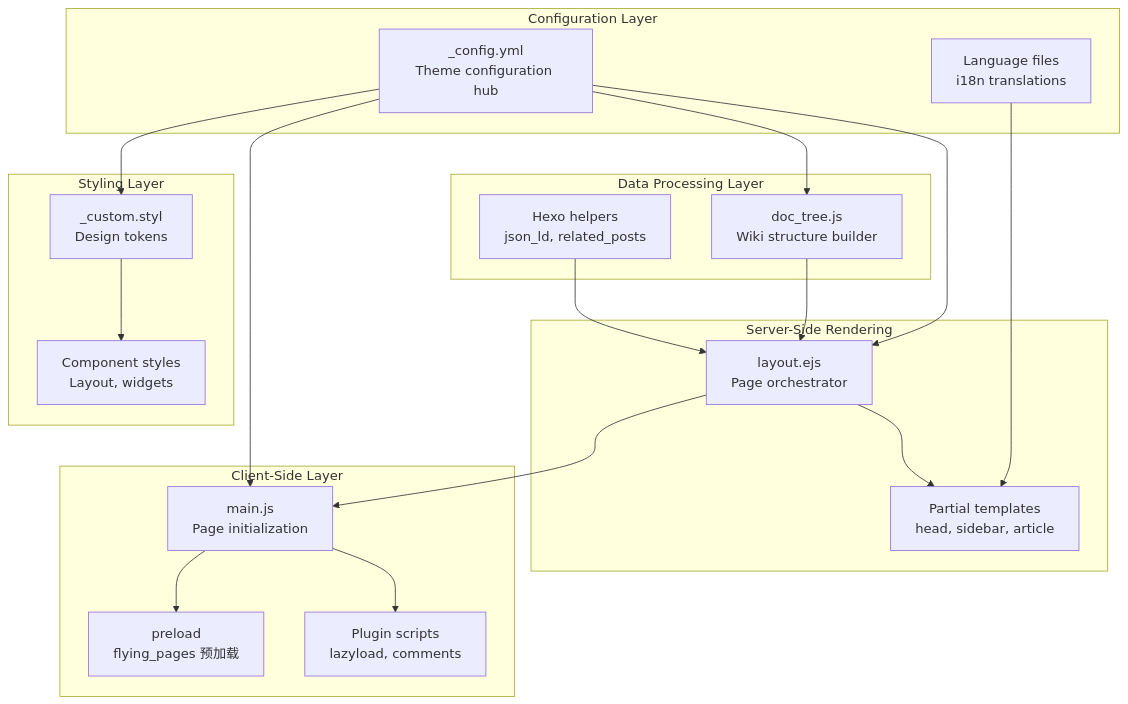
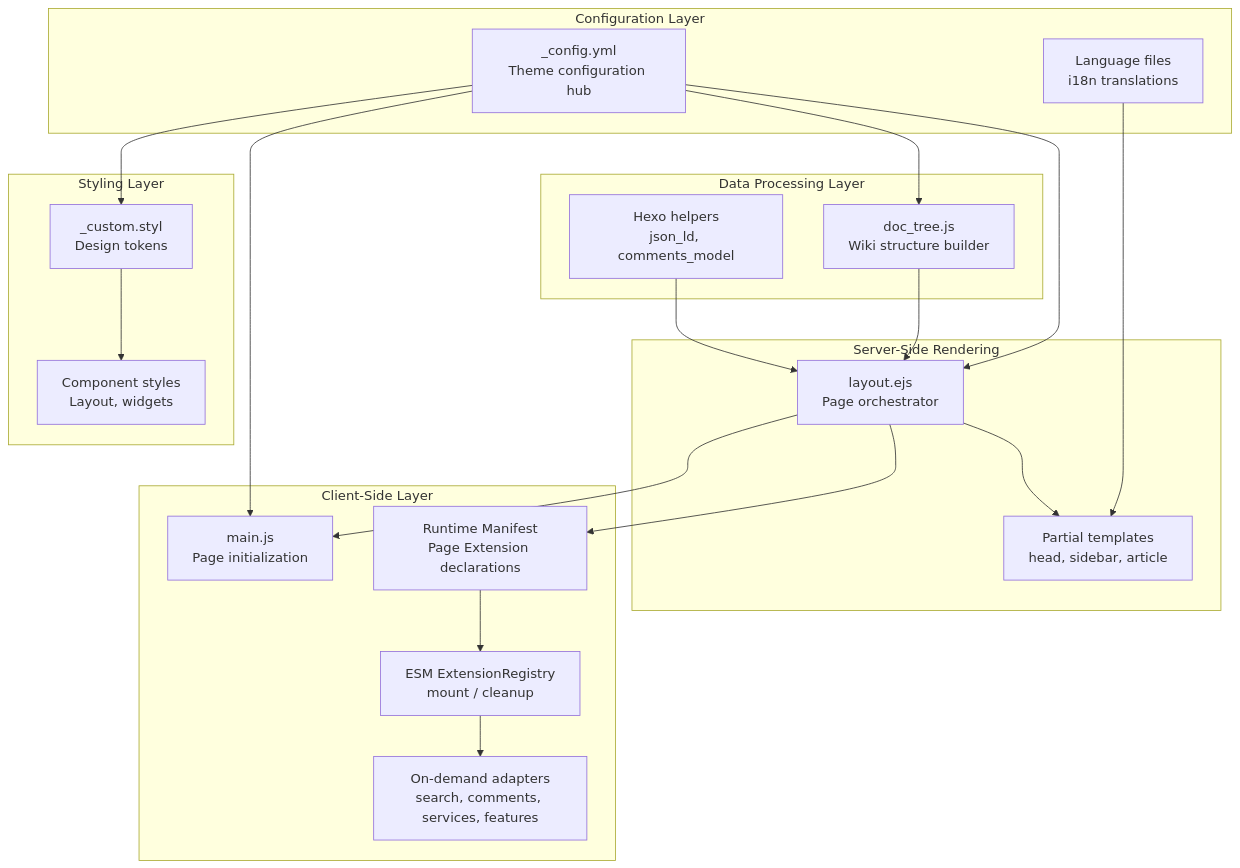
One commit to xaoxuu/hexo-theme-stellar changed the first of 5 diagrams in docs/knowledge/00-总览与安装配置/overview.md. Above: the diagram before and after it, drawn with Mermaid. The commit also changed other lines of this file and 861 other files, not shown here.

````diff
--- a/docs/knowledge/00-总览与安装配置/overview.md
+++ b/docs/knowledge/00-总览与安装配置/overview.md
@@ -43,41 +44,43 @@
 ```mermaid
 graph TB
     subgraph Configuration["Configuration Layer"]
         CONFIG["_config.yml<br/>Theme configuration hub"]
         LANG["Language files<br/>i18n translations"]
     end
     
     subgraph DataProcessing["Data Processing Layer"]
         DOCTREE["doc_tree.js<br/>Wiki structure builder"]
-        HELPERS["Hexo helpers<br/>json_ld, related_posts"]
+        HELPERS["Hexo helpers<br/>json_ld, comments_model"]
     end
     
     subgraph ServerRender["Server-Side Rendering"]
         LAYOUT["layout.ejs<br/>Page orchestrator"]
         PARTIALS["Partial templates<br/>head, sidebar, article"]
     end
     
     subgraph ClientSide["Client-Side Layer"]
         MAINJS["main.js<br/>Page initialization"]
-        PRELOAD["preload<br/>flying_pages 预加载"]
-        PLUGINS["Plugin scripts<br/>lazyload, comments"]
+        MANIFEST["Runtime Manifest<br/>Page Extension declarations"]
+        REGISTRY["ESM ExtensionRegistry<br/>mount / cleanup"]
+        EXTENSIONS["On-demand adapters<br/>search, comments, services, features"]
     end
     
     subgraph Styling["Styling Layer"]
         CUSTOM["_custom.styl<br/>Design tokens"]
         COMPONENTS["Component styles<br/>Layout, widgets"]
     end
     
     CONFIG --> DOCTREE
     CONFIG --> LAYOUT
     CONFIG --> MAINJS
     CONFIG --> CUSTOM
     LANG --> PARTIALS
     DOCTREE --> LAYOUT
     HELPERS --> LAYOUT
     LAYOUT --> PARTIALS
     LAYOUT --> MAINJS
-    MAINJS --> PRELOAD
-    MAINJS --> PLUGINS
+    LAYOUT --> MANIFEST
+    MANIFEST --> REGISTRY
+    REGISTRY --> EXTENSIONS
     CUSTOM --> COMPONENTS
 ```
````
